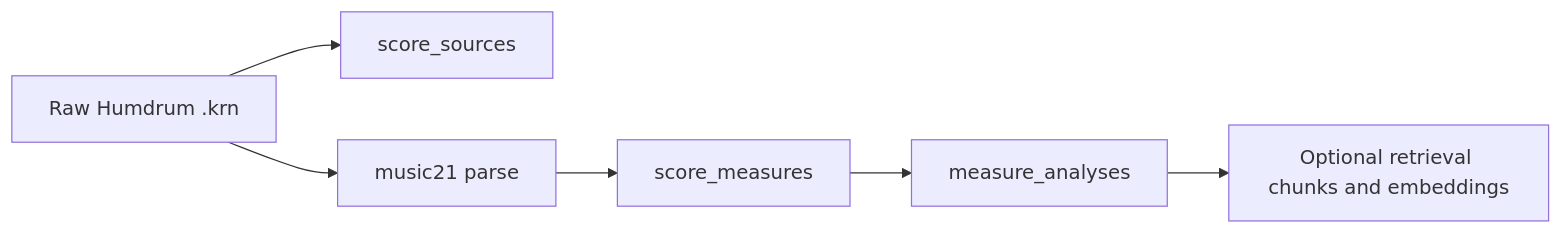
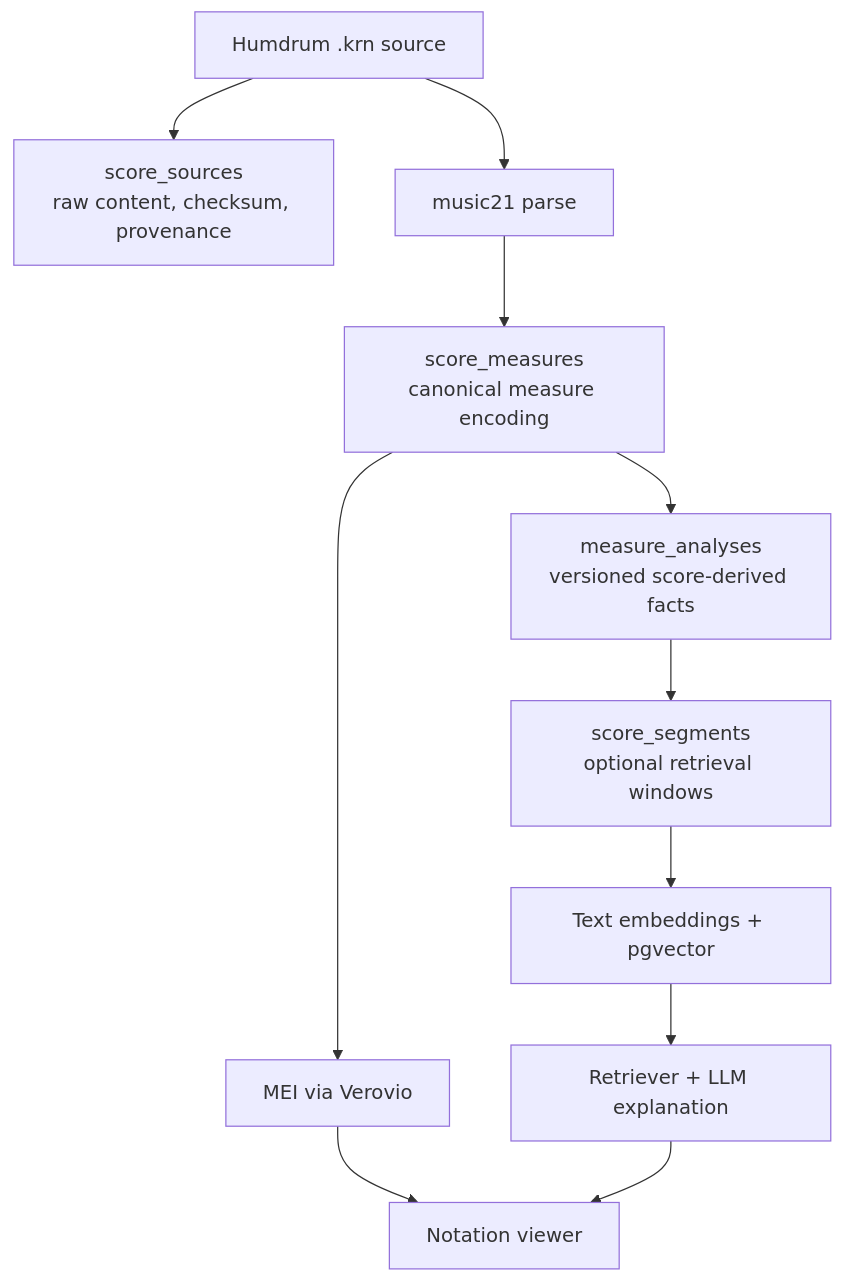
Before and after one commit to jt0321/ai-automation-portfolio: the diagram in README.md, drawn with Mermaid. The commit also changed other lines of this file and 3 other files, not shown here.

````diff
--- a/README.md
+++ b/README.md
@@ -41,8 +13,17 @@
 ```mermaid
-graph LR
-    A[Raw Humdrum .krn] --> B[score_sources]
+graph TD
+    A[Humdrum .krn source] --> B[score_sources
+raw content, checksum, provenance]
     A --> C[music21 parse]
-    C --> D[score_measures]
-    D --> E[measure_analyses]
-    E --> F[Optional retrieval chunks and embeddings]
+    C --> D[score_measures
+canonical measure encoding]
+    D --> E[measure_analyses
+versioned score-derived facts]
+    E --> F[score_segments
+optional retrieval windows]
+    F --> G[Text embeddings + pgvector]
+    D --> H[MEI via Verovio]
+    G --> I[Retriever + LLM explanation]
+    H --> J[Notation viewer]
+    I --> J
 ```
````
